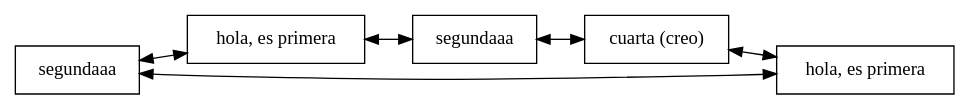
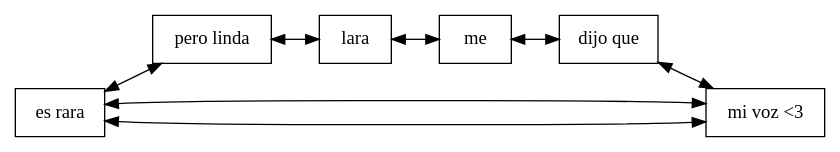
The diagram in output/lista_doble_publicaciones.dot (matiuuh/-EDD-Proyecto1_202203009), drawn with Graphviz before and after one commit. The commit also changed 7 other files, not shown here.

```diff
--- a/output/lista_doble_publicaciones.dot
+++ b/output/lista_doble_publicaciones.dot
@@ -1,14 +1,17 @@
 digraph G {
     node [shape=box];
     rankdir=LR;
-    "0x2818ef21120" [label="segundaaa"];
-    "0x2818ef21120" -> "0x2818ef21800" [dir=both];
-    "0x2818ef21800" [label="hola, es primera"];
-    "0x2818ef21800" -> "0x2818ef21490" [dir=both];
-    "0x2818ef21490" [label="segundaaa"];
-    "0x2818ef21490" -> "0x2818ef21580" [dir=both];
-    "0x2818ef21580" [label="cuarta (creo)"];
-    "0x2818ef21580" -> "0x2818ef215d0" [dir=both];
-    "0x2818ef215d0" [label="hola, es primera"];
-    "0x2818ef215d0" -> "0x2818ef21120" [dir=both];
+    "0x245c91851a0" [label="es rara"];
+    "0x245c91851a0" -> "0x245c9185240" [dir=both];
+    "0x245c9185240" [label="pero linda"];
+    "0x245c9185240" -> "0x245c9185470" [dir=both];
+    "0x245c9185470" [label="lara"];
+    "0x245c9185470" -> "0x245c9185290" [dir=both];
+    "0x245c9185290" [label="me"];
+    "0x245c9185290" -> "0x245c91851f0" [dir=both];
+    "0x245c91851f0" [label="dijo que"];
+    "0x245c91851f0" -> "0x245c9185ba0" [dir=both];
+    "0x245c9185ba0" [label="mi voz <3"];
+    "0x245c9185ba0" -> "0x245c91851a0" [dir=both];
+    "0x245c9185ba0" -> "0x245c91851a0" [dir=both];
 }
```
